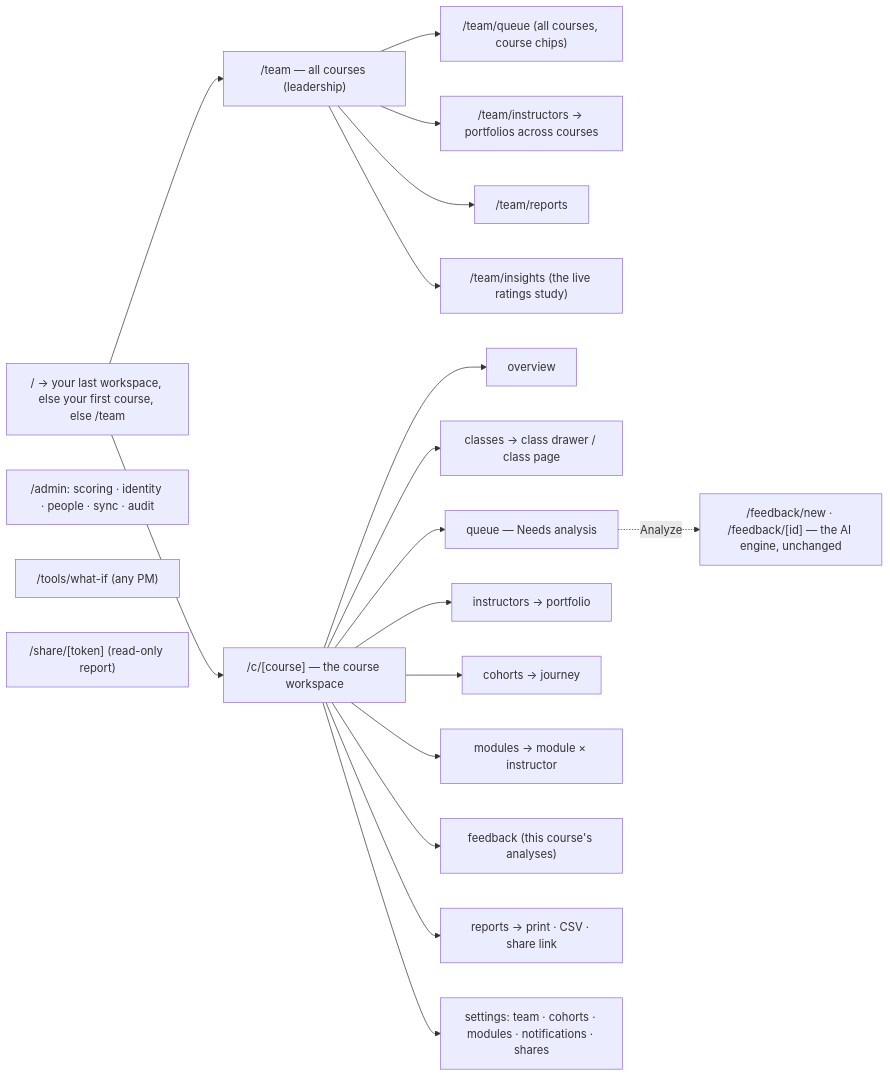
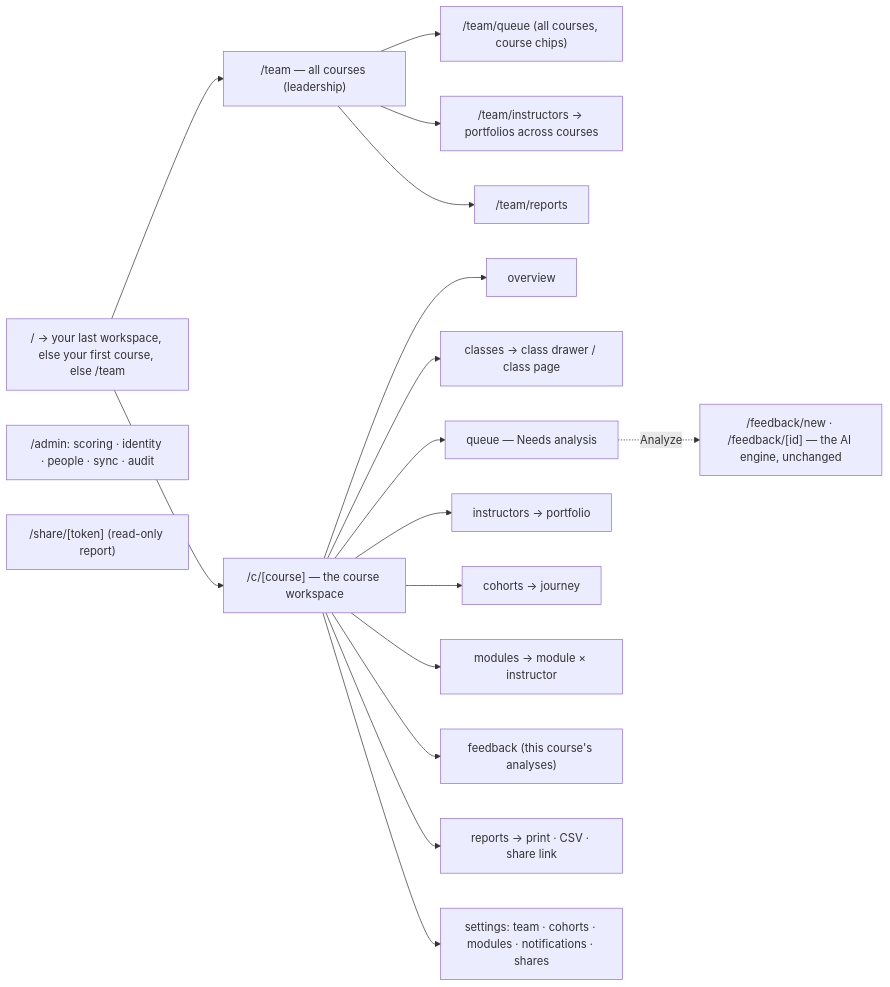
One commit to new-programs-ik/Feedback-Loop changed the second of 2 diagrams in docs/HOW_IT_WORKS.md. Above: the diagram before and after it, drawn with Mermaid. The commit also changed other lines of this file and 12 other files, not shown here.

````diff
--- a/docs/HOW_IT_WORKS.md
+++ b/docs/HOW_IT_WORKS.md
@@ -110,23 +108,21 @@
 ```mermaid
 flowchart LR
   ROOT["/ → your last workspace, else your first course, else /team"]
   ROOT --> TEAM["/team — all courses (leadership)"]
   ROOT --> WS["/c/[course] — the course workspace"]
   TEAM --> TQ["/team/queue (all courses, course chips)"]
   TEAM --> TI["/team/instructors → portfolios across courses"]
   TEAM --> TR["/team/reports"]
-  TEAM --> TS["/team/insights (the live ratings study)"]
   WS --> OV["overview"]
   WS --> CL["classes → class drawer / class page"]
   WS --> QU["queue — Needs analysis"]
   WS --> IN["instructors → portfolio"]
   WS --> CO["cohorts → journey"]
   WS --> MO["modules → module × instructor"]
   WS --> FB["feedback (this course's analyses)"]
   WS --> RP["reports → print · CSV · share link"]
   WS --> ST["settings: team · cohorts · modules · notifications · shares"]
   ADM["/admin: scoring · identity · people · sync · audit"]
-  TOOLS["/tools/what-if (any PM)"]
   SHARE["/share/[token] (read-only report)"]
   QU -. Analyze .-> ENG["/feedback/new · /feedback/[id] — the AI engine, unchanged"]
 ```
````
